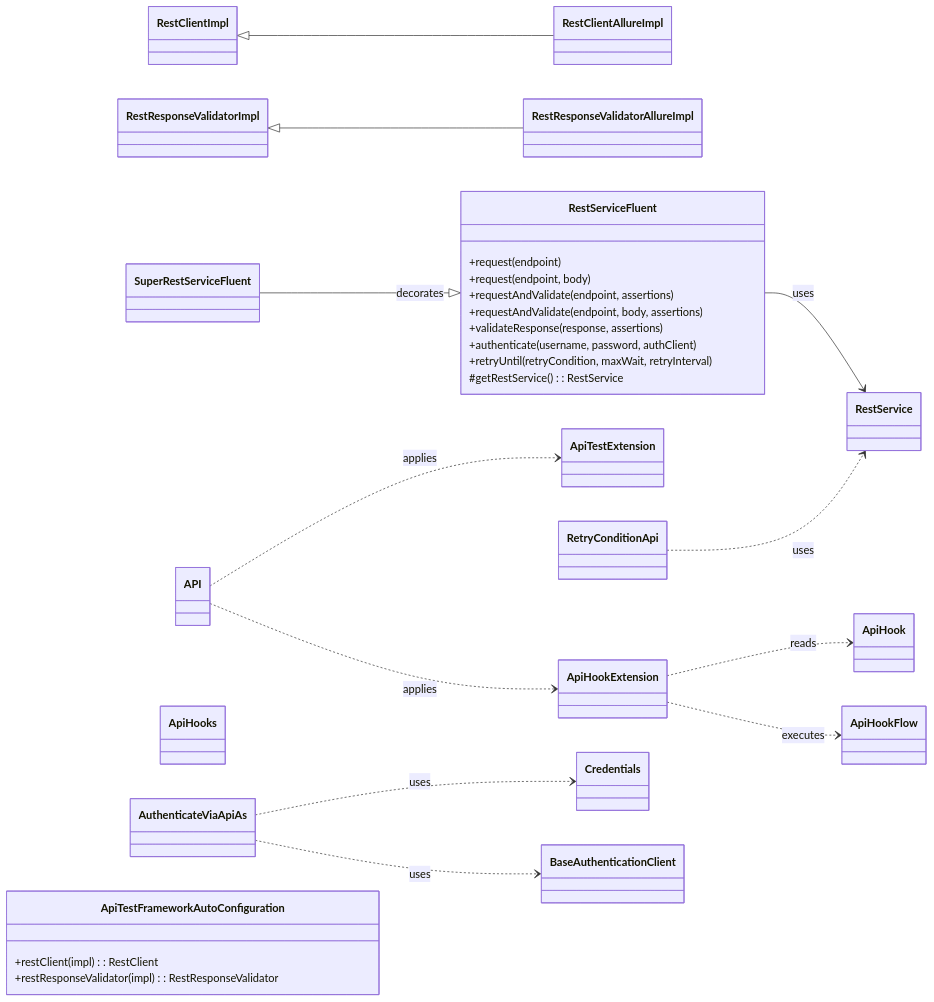
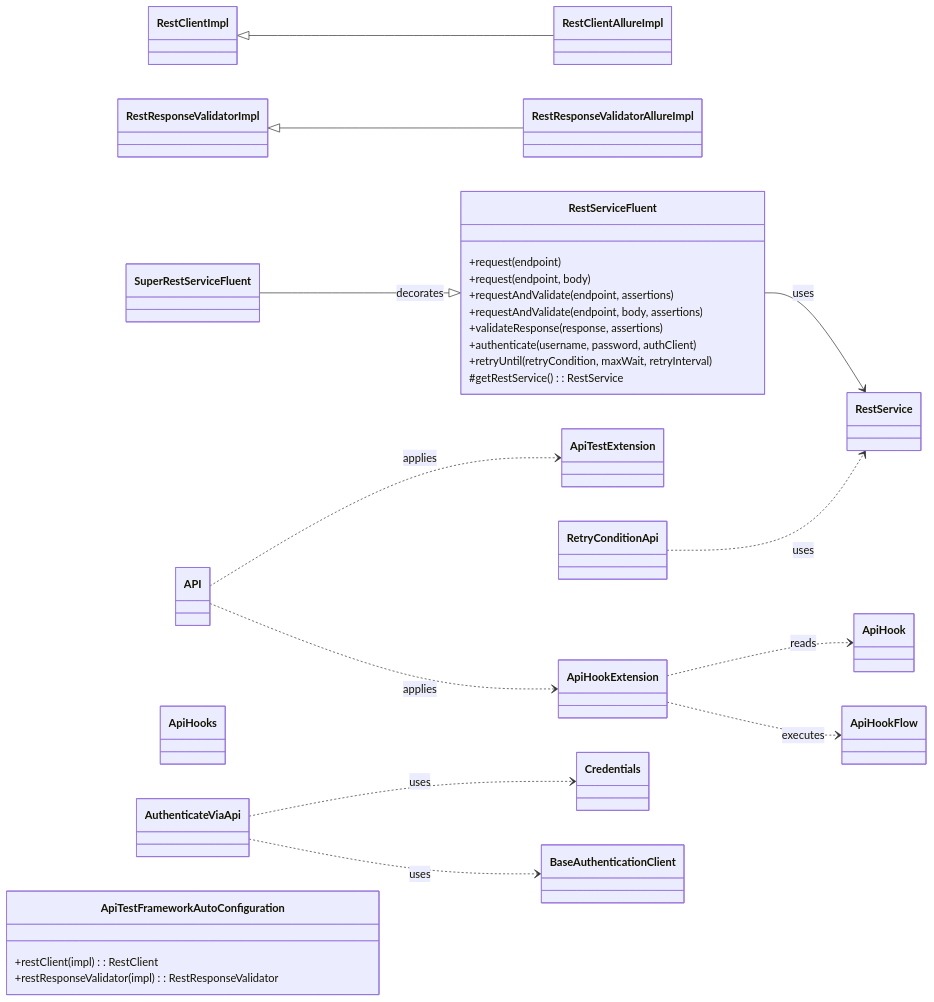
The first of 2 diagrams in api-interactor-test-framework-adapter/README.md (CyborgCodeSyndicate/roa-libraries), drawn with Mermaid before and after one commit. The commit also changed other lines of this file, not shown here.

Commit message:
update the api adapter README file

````diff
--- a/api-interactor-test-framework-adapter/README.md
+++ b/api-interactor-test-framework-adapter/README.md
@@ -72,45 +72,44 @@
 ```mermaid
 classDiagram
     direction LR
 
     RestClientImpl <|-- RestClientAllureImpl
     RestResponseValidatorImpl <|-- RestResponseValidatorAllureImpl
 
     class RestServiceFluent {
         +request(endpoint)
         +request(endpoint, body)
         +requestAndValidate(endpoint, assertions)
         +requestAndValidate(endpoint, body, assertions)
         +validateResponse(response, assertions)
         +authenticate(username, password, authClient)
         +retryUntil(retryCondition, maxWait, retryInterval)
         #getRestService() : RestService
     }
     RestServiceFluent --> RestService : uses
     SuperRestServiceFluent --|> RestServiceFluent : decorates
 
     class API
     class ApiHook
     class ApiHooks
-    class AuthenticateViaApiAs
+    class AuthenticateViaApi
     API ..> ApiTestExtension : applies
     API ..> ApiHookExtension : applies
 
     class ApiHookExtension
     class ApiTestExtension
     class ApiHookFlow
     ApiHookExtension ..> ApiHook : reads
     ApiHookExtension ..> ApiHookFlow : executes
 
     class RetryConditionApi
     RetryConditionApi ..> RestService : uses
 
     class ApiTestFrameworkAutoConfiguration {
         +restClient(impl): RestClient
         +restResponseValidator(impl): RestResponseValidator
     }
 
-    AuthenticateViaApiAs ..> Credentials : uses
-    AuthenticateViaApiAs ..> BaseAuthenticationClient : uses
-
+    AuthenticateViaApi ..> Credentials : uses
+    AuthenticateViaApi ..> BaseAuthenticationClient : uses
 ```
````
